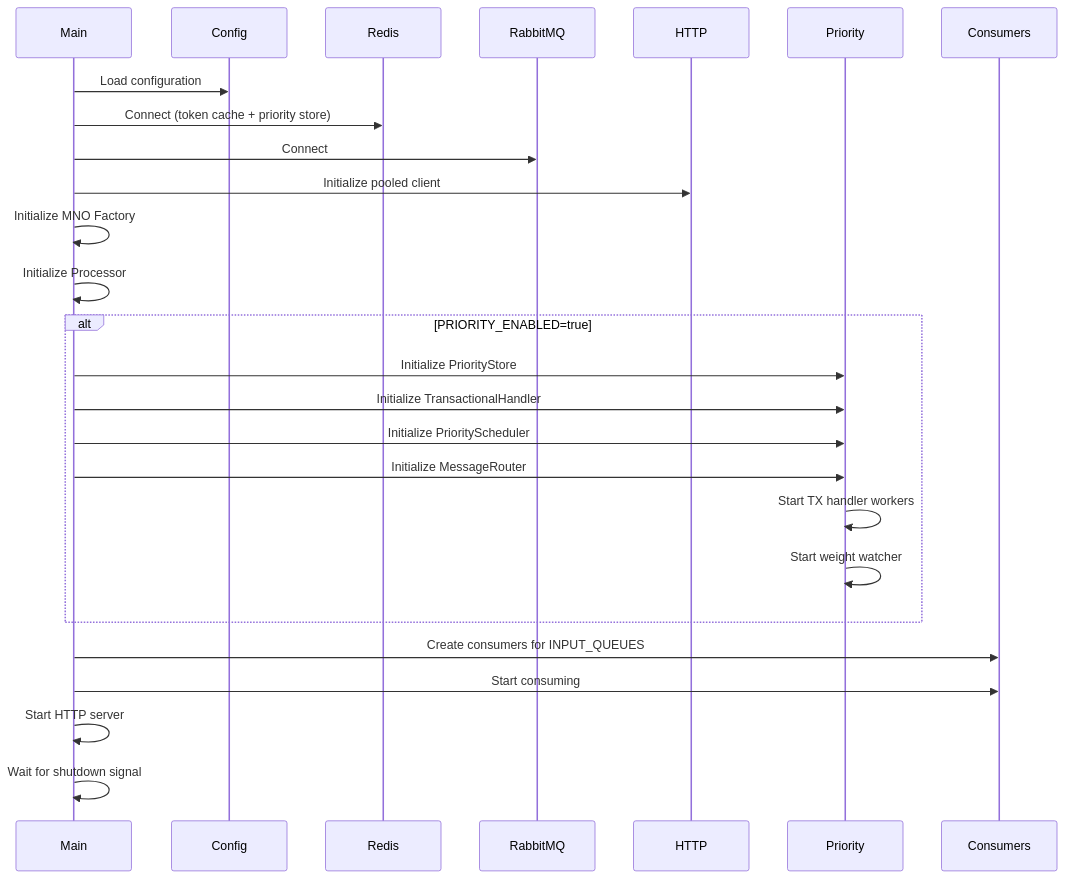
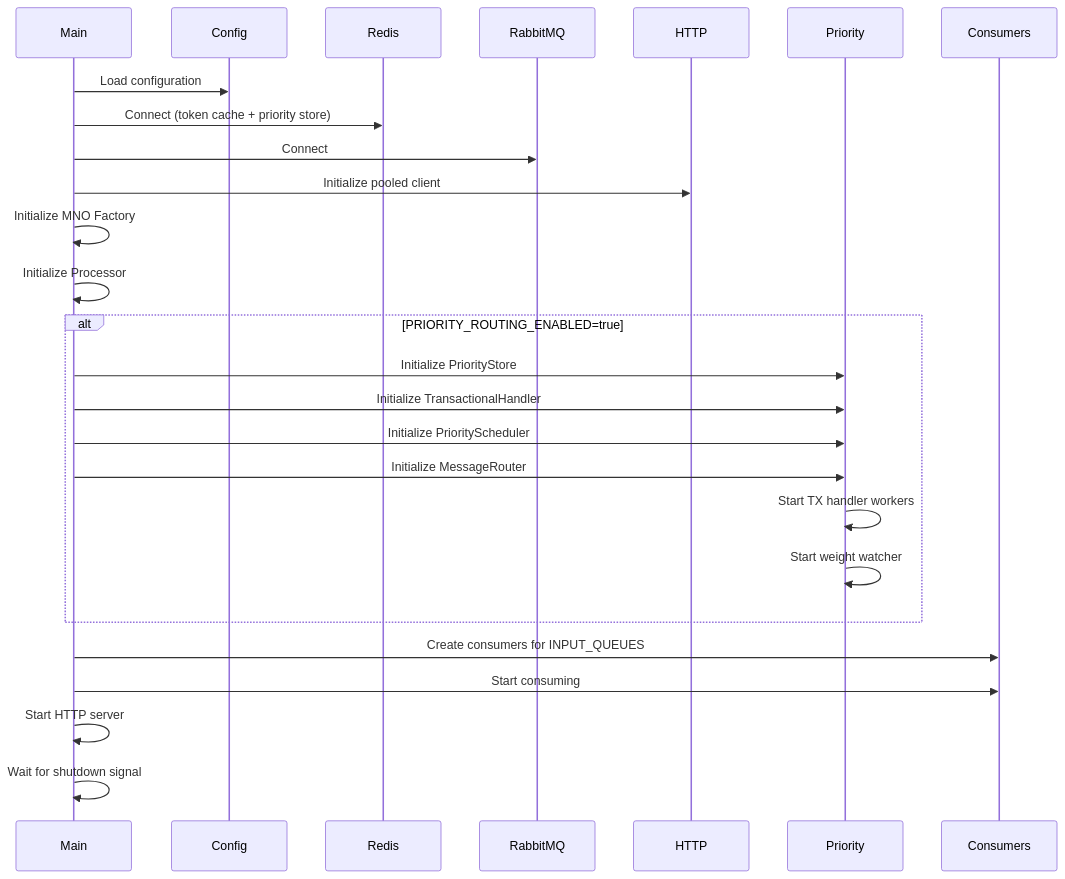
One commit to ElMonstro/sms-mno-gateway changed diagram 17 of 18 in docs/architecture.md. Above: the diagram before and after it, drawn with Mermaid. The commit also changed other lines of this file and 5 other files, not shown here.

Commit message:
Renamed PRIORITY_ENABLED to PRIORITY_ROUTING_ENABLED

````diff
--- a/docs/architecture.md
+++ b/docs/architecture.md
@@ -1476,31 +1476,31 @@
 ```mermaid
 sequenceDiagram
     participant Main
     participant Config
     participant Redis
     participant RabbitMQ
     participant HTTP
     participant Priority
     participant Consumers
 
     Main->>Config: Load configuration
     Main->>Redis: Connect (token cache + priority store)
     Main->>RabbitMQ: Connect
     Main->>HTTP: Initialize pooled client
     Main->>Main: Initialize MNO Factory
     Main->>Main: Initialize Processor
 
-    alt PRIORITY_ENABLED=true
+    alt PRIORITY_ROUTING_ENABLED=true
         Main->>Priority: Initialize PriorityStore
         Main->>Priority: Initialize TransactionalHandler
         Main->>Priority: Initialize PriorityScheduler
         Main->>Priority: Initialize MessageRouter
         Priority->>Priority: Start TX handler workers
         Priority->>Priority: Start weight watcher
     end
 
     Main->>Consumers: Create consumers for INPUT_QUEUES
     Main->>Consumers: Start consuming
     Main->>Main: Start HTTP server
     Main->>Main: Wait for shutdown signal
 ```
````
